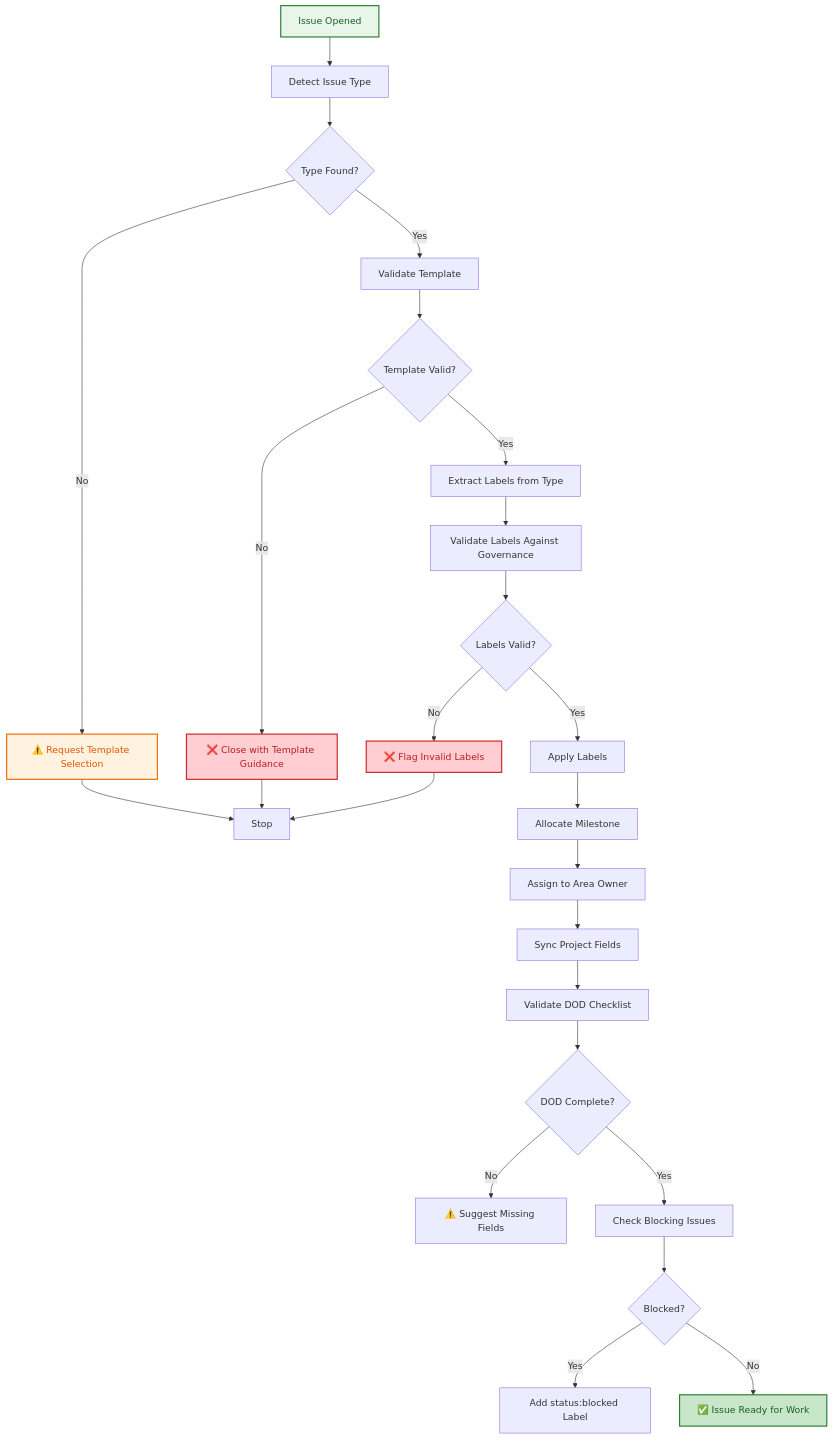
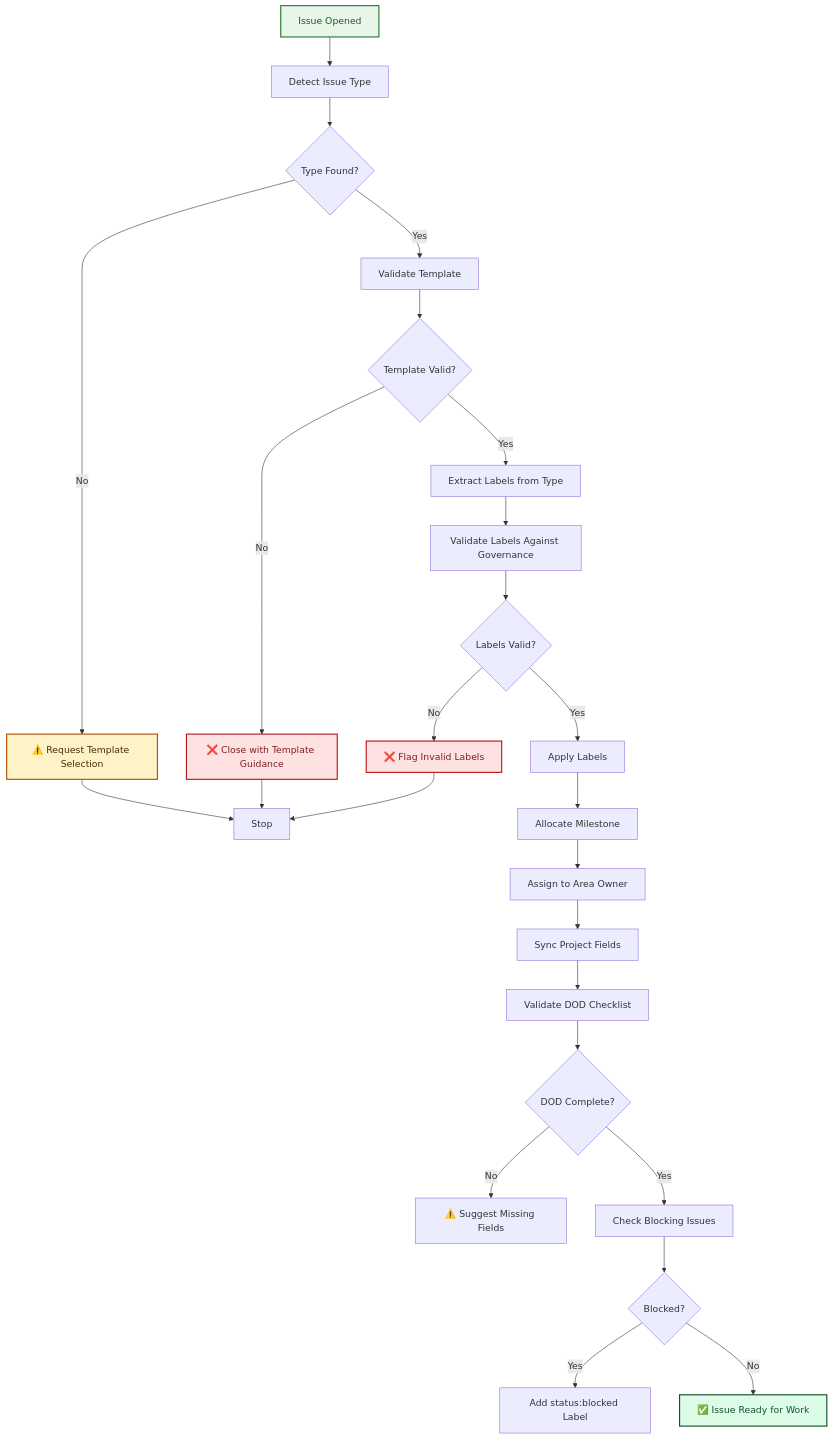
The first of 3 diagrams in .github/projects/active/automation-consolidation-agentic-workflows-2026-09/ISSUE_MANAGEMENT_AGENT_SPEC.md (lightspeedwp/.github), drawn with Mermaid before and after one commit. The commit also changed other lines of this file and 181 other files, not shown here.

Commit message:
docs: maintenance updates (Mermaid + staleness)

````diff
--- a/.github/projects/active/automation-consolidation-agentic-workflows-2026-09/ISSUE_MANAGEMENT_AGENT_SPEC.md
+++ b/.github/projects/active/automation-consolidation-agentic-workflows-2026-09/ISSUE_MANAGEMENT_AGENT_SPEC.md
@@ -107,41 +107,41 @@
 ```mermaid
 graph TD
     accTitle: Issue opened decision tree
     accDescr: Flowchart showing issue detection, template validation, label application, milestone allocation, and final readiness check
     A["Issue Opened"] --> B["Detect Issue Type"]
     B --> C{Type Found?}
     
     C -->|Yes| D["Validate Template"]
     C -->|No| E["⚠️ Request Template Selection"]
     E --> X["Stop"]
     
     D --> F{Template Valid?}
     F -->|No| G["❌ Close with Template Guidance"]
     G --> X
     F -->|Yes| H["Extract Labels from Type"]
     
     H --> I["Validate Labels Against Governance"]
     I --> J{Labels Valid?}
     J -->|No| K["❌ Flag Invalid Labels"]
     K --> X
     J -->|Yes| L["Apply Labels"]
     
     L --> M["Allocate Milestone"]
     M --> N["Assign to Area Owner"]
     N --> O["Sync Project Fields"]
     O --> P["Validate DOD Checklist"]
     P --> Q{DOD Complete?}
     
     Q -->|No| R["⚠️ Suggest Missing Fields"]
     Q -->|Yes| S["Check Blocking Issues"]
     
     S --> T{Blocked?}
     T -->|Yes| U["Add status:blocked Label"]
     T -->|No| V["✅ Issue Ready for Work"]
     
     style A fill:#E8F5E9,stroke:#2E7D32,stroke-width:2px,color:#1B5E20
-    style V fill:#C8E6C9,stroke:#2E7D32,stroke-width:2px,color:#1B5E20
-    style E fill:#FFF3E0,stroke:#EF6C00,stroke-width:2px,color:#E65100
-    style G fill:#FFCDD2,stroke:#C62828,stroke-width:2px,color:#B71C1C
-    style K fill:#FFCDD2,stroke:#C62828,stroke-width:2px,color:#B71C1C
+    style V fill:#dcfce7,stroke:#14532d,stroke-width:2px,color:#14532d
+    style E fill:#fef3c7,stroke:#b45309,stroke-width:2px,color:#4a2c00
+    style G fill:#fee2e2,stroke:#b91c1c,stroke-width:2px,color:#7f1d1d
+    style K fill:#fee2e2,stroke:#b91c1c,stroke-width:2px,color:#7f1d1d
 ```
````
